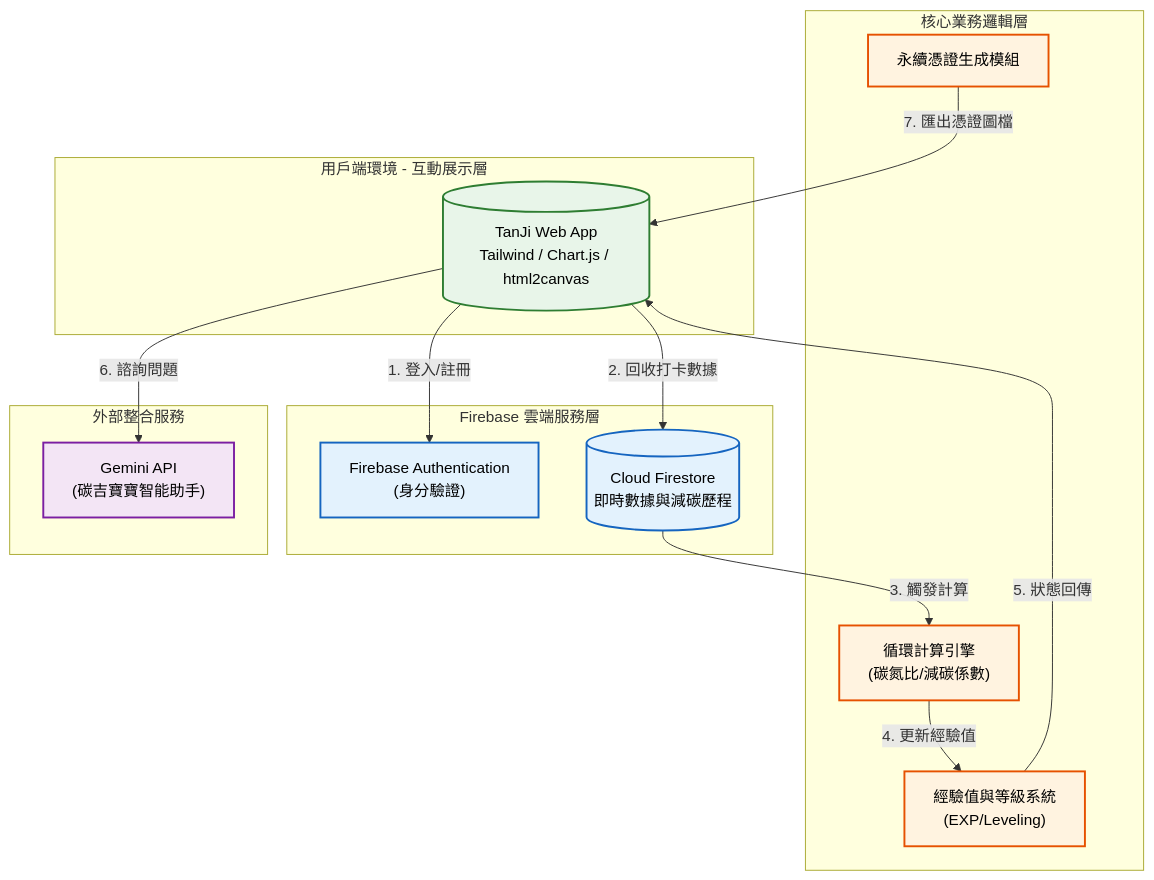
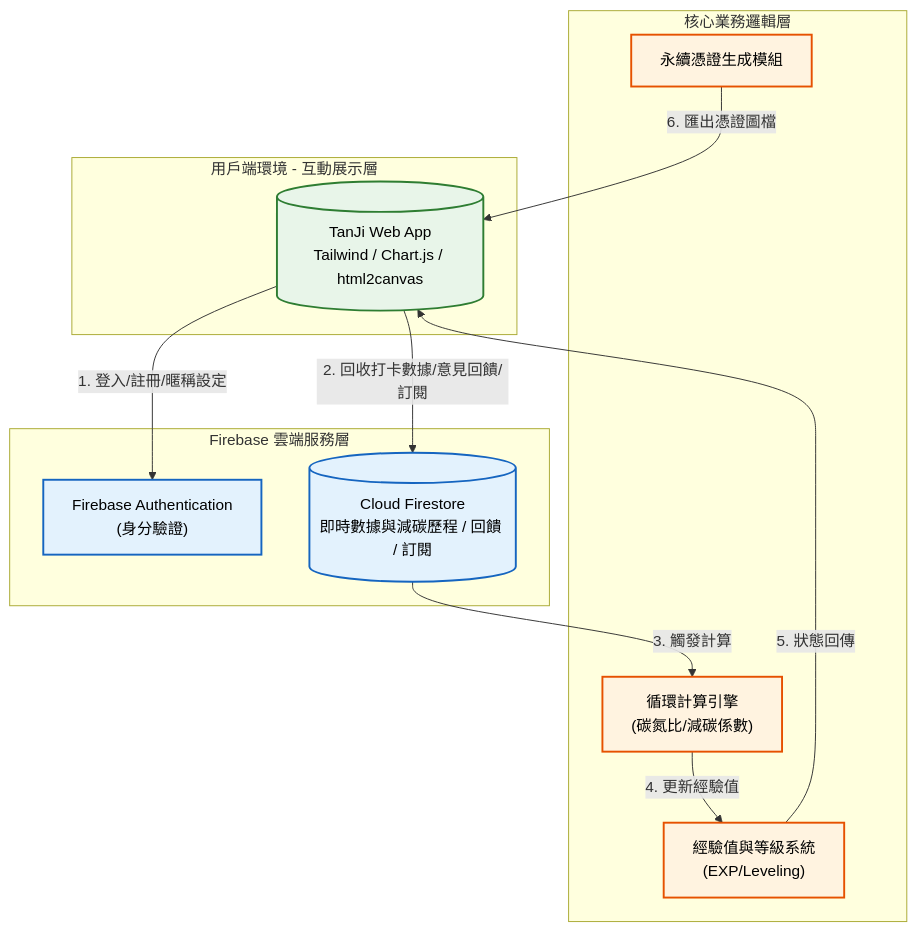
One commit to tanji2026/tanji-loop changed the diagram in README.md. Above: the diagram before and after it, drawn with Mermaid. The commit also changed other lines of this file, not shown here.

````diff
--- a/README.md
+++ b/README.md
@@ -17,34 +17,29 @@
 ```mermaid
 graph TD
     classDef client fill:#e8f5e9,stroke:#2e7d32,stroke-width:2px,color:black
     classDef cloud fill:#e3f2fd,stroke:#1565c0,stroke-width:2px,color:black
     classDef logic fill:#fff3e0,stroke:#e65100,stroke-width:2px,color:black
-    classDef external fill:#f3e5f5,stroke:#7b1fa2,stroke-width:2px,color:black
 
     subgraph Client_Side [用戶端環境 - 互動展示層]
         WebApp[("TanJi Web App<br>Tailwind / Chart.js / html2canvas")]:::client
     end
 
     subgraph Firebase_Cloud [Firebase 雲端服務層]
         Auth["Firebase Authentication<br>(身分驗證)"]:::cloud
-        Firestore[("Cloud Firestore<br>即時數據與減碳歷程")]:::cloud
+        Firestore[("Cloud Firestore<br>即時數據與減碳歷程 / 回饋 / 訂閱")]:::cloud
     end
 
     subgraph Logic_Engine [核心業務邏輯層]
         Cycle_Engine["循環計算引擎<br>(碳氮比/減碳係數)"]:::logic
         Level_System["經驗值與等級系統<br>(EXP/Leveling)"]:::logic
         Cert_Generator["永續憑證生成模組"]:::logic
     end
 
-    subgraph External_Service [外部整合服務]
-        Gemini_AI["Gemini API<br>(碳吉寶寶智能助手)"]:::external
-    end
-
-    WebApp -- "1. 登入/註冊" --> Auth
-    WebApp -- "2. 回收打卡數據" --> Firestore
+    WebApp -- "1. 登入/註冊/暱稱設定" --> Auth
+    WebApp -- "2. 回收打卡數據/意見回饋/訂閱" --> Firestore
     Firestore -- "3. 觸發計算" --> Cycle_Engine
     Cycle_Engine -- "4. 更新經驗值" --> Level_System
     Level_System -- "5. 狀態回傳" --> WebApp
-    WebApp -- "6. 諮詢問題" --> Gemini_AI
-    Cert_Generator -- "7. 匯出憑證圖檔" --> WebApp
+    Cert_Generator -- "6. 匯出憑證圖檔" --> WebApp
+
 ```
````
